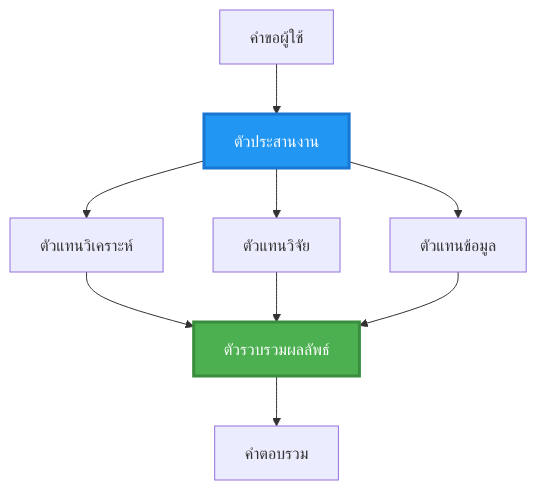
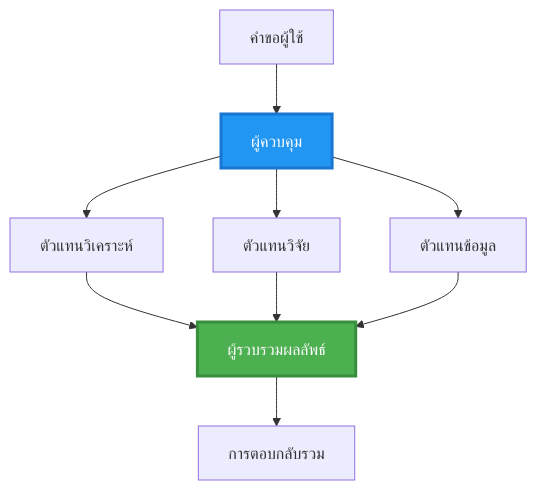
Before and after one commit to microsoft/AZD-for-beginners: the second of 6 diagrams in translations/th/docs/chapter-06-pre-deployment/coordination-patterns.md, drawn with Mermaid. The commit also changed other lines of this file and 101 other files, not shown here.

````diff
--- a/translations/th/docs/chapter-06-pre-deployment/coordination-patterns.md
+++ b/translations/th/docs/chapter-06-pre-deployment/coordination-patterns.md
@@ -107,22 +100,22 @@
 ```mermaid
 graph TB
     User[คำขอผู้ใช้]
-    Orchestrator[ตัวประสานงาน]
+    Orchestrator[ผู้ควบคุม]
     Agent1[ตัวแทนวิเคราะห์]
     Agent2[ตัวแทนวิจัย]
     Agent3[ตัวแทนข้อมูล]
-    Aggregator[ตัวรวบรวมผลลัพธ์]
-    Response[คำตอบรวม]
+    Aggregator[ผู้รวบรวมผลลัพธ์]
+    Response[การตอบกลับรวม]
     
     User --> Orchestrator
     Orchestrator --> Agent1
     Orchestrator --> Agent2
     Orchestrator --> Agent3
     Agent1 --> Aggregator
     Agent2 --> Aggregator
     Agent3 --> Aggregator
     Aggregator --> Response
     
     style Orchestrator fill:#2196F3,stroke:#1976D2,stroke-width:3px,color:#fff
     style Aggregator fill:#4CAF50,stroke:#388E3C,stroke-width:3px,color:#fff
 ```
````
